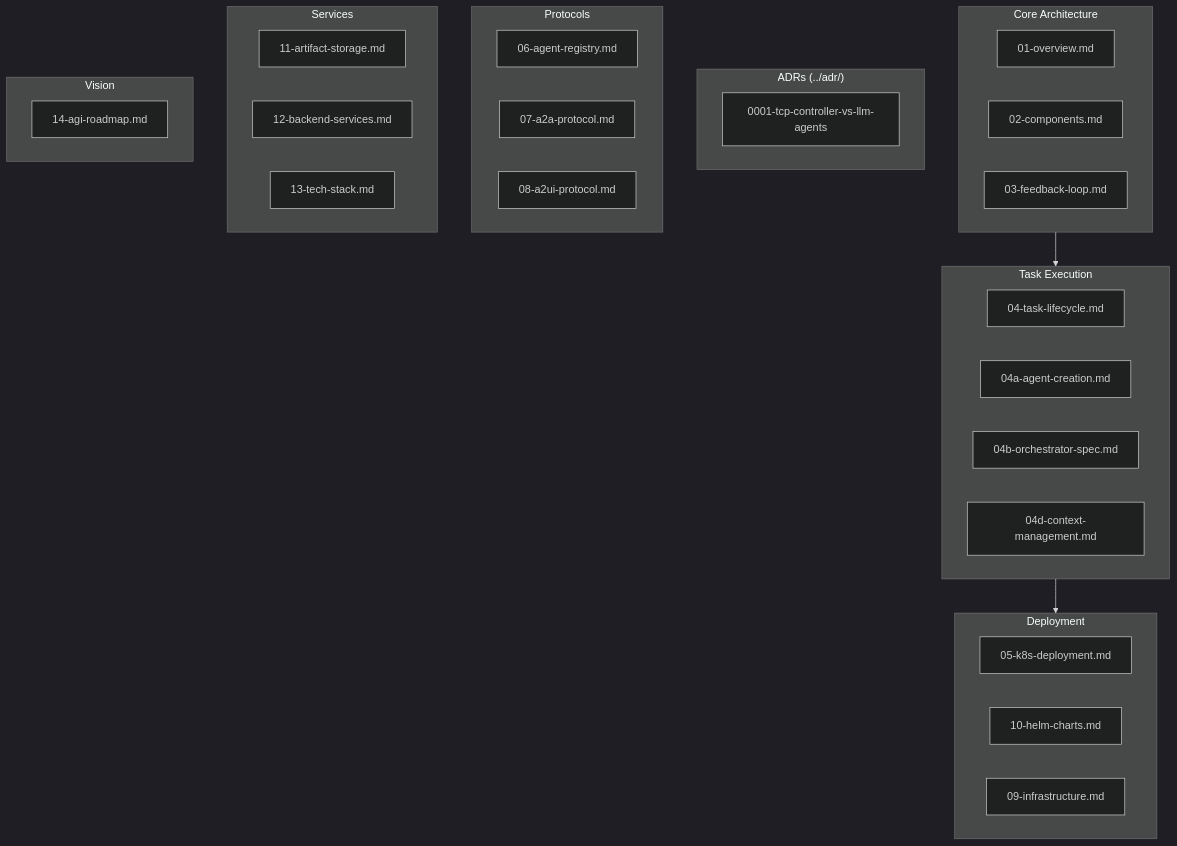
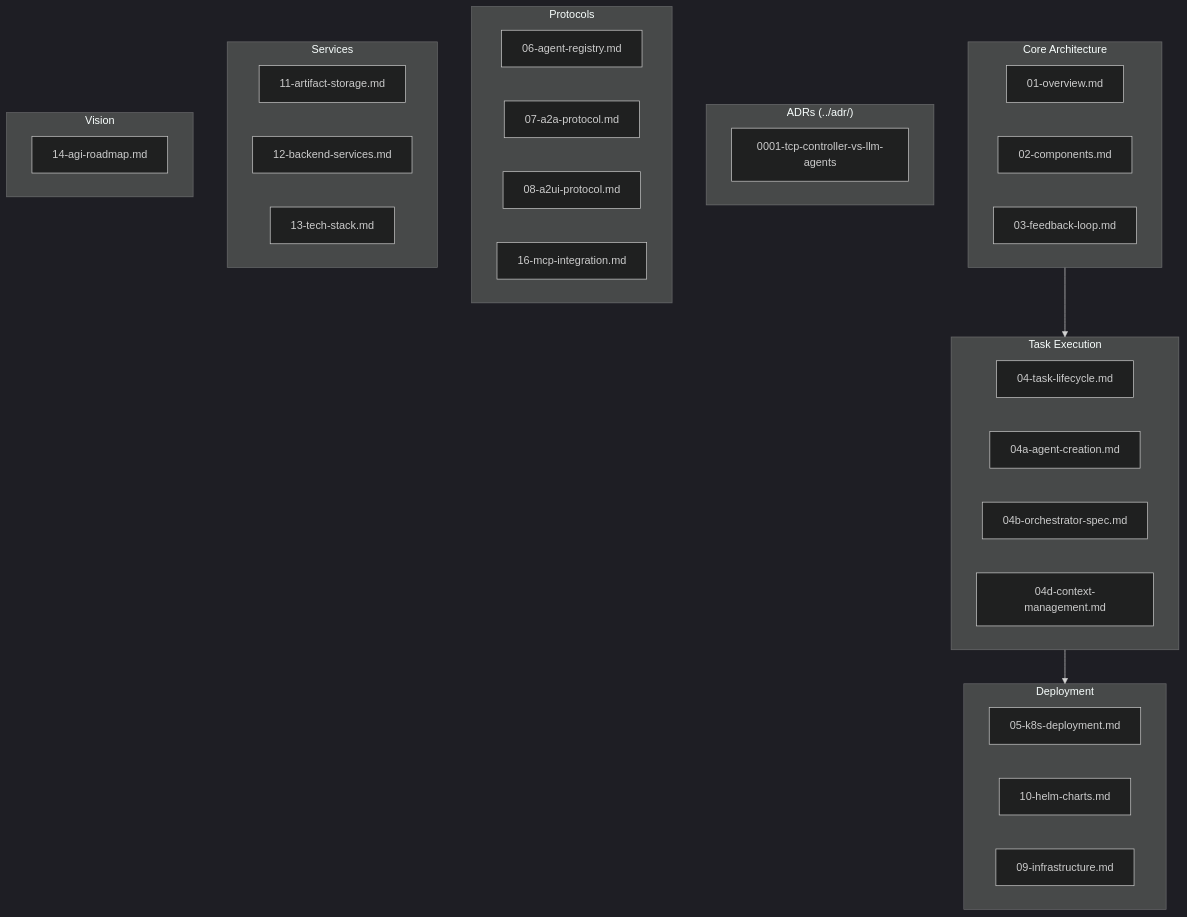
The diagram in docs/arch/README.md (dshcherbatiuk/forgemaster), drawn with Mermaid (dark theme) before and after one commit. The commit also changed other lines of this file and 1 other file, not shown here.

Commit message:
feat: Add MCP integration architecture doc
Document the Anthropic Messages API native MCP connector approach
for agent-to-tool communication. Includes API parameters, response
types, and planned ForgeMaster MCP server tools.

````diff
--- a/docs/arch/README.md
+++ b/docs/arch/README.md
@@ -9,44 +9,45 @@
 ```mermaid
 flowchart TB
     subgraph Core["Core Architecture"]
         OV[01-overview.md]
         COMP[02-components.md]
         FB[03-feedback-loop.md]
     end
 
     subgraph TaskExec["Task Execution"]
         TL[04-task-lifecycle.md]
         AC[04a-agent-creation.md]
         OS[04b-orchestrator-spec.md]
         CM[04d-context-management.md]
     end
 
     subgraph ADR["ADRs (../adr/)"]
         DD[0001-tcp-controller-vs-llm-agents]
     end
 
     subgraph Deployment["Deployment"]
         K8S[05-k8s-deployment.md]
         HELM[10-helm-charts.md]
         INFRA[09-infrastructure.md]
     end
 
     subgraph Protocols["Protocols"]
         REG[06-agent-registry.md]
         A2A[07-a2a-protocol.md]
         A2UI[08-a2ui-protocol.md]
+        MCP[16-mcp-integration.md]
     end
 
     subgraph Services["Services"]
         STORE[11-artifact-storage.md]
         RUST[12-backend-services.md]
         TECH[13-tech-stack.md]
     end
 
     subgraph Future["Vision"]
         AGI[14-agi-roadmap.md]
     end
 
     Core --> TaskExec
     TaskExec --> Deployment
 ```
````
